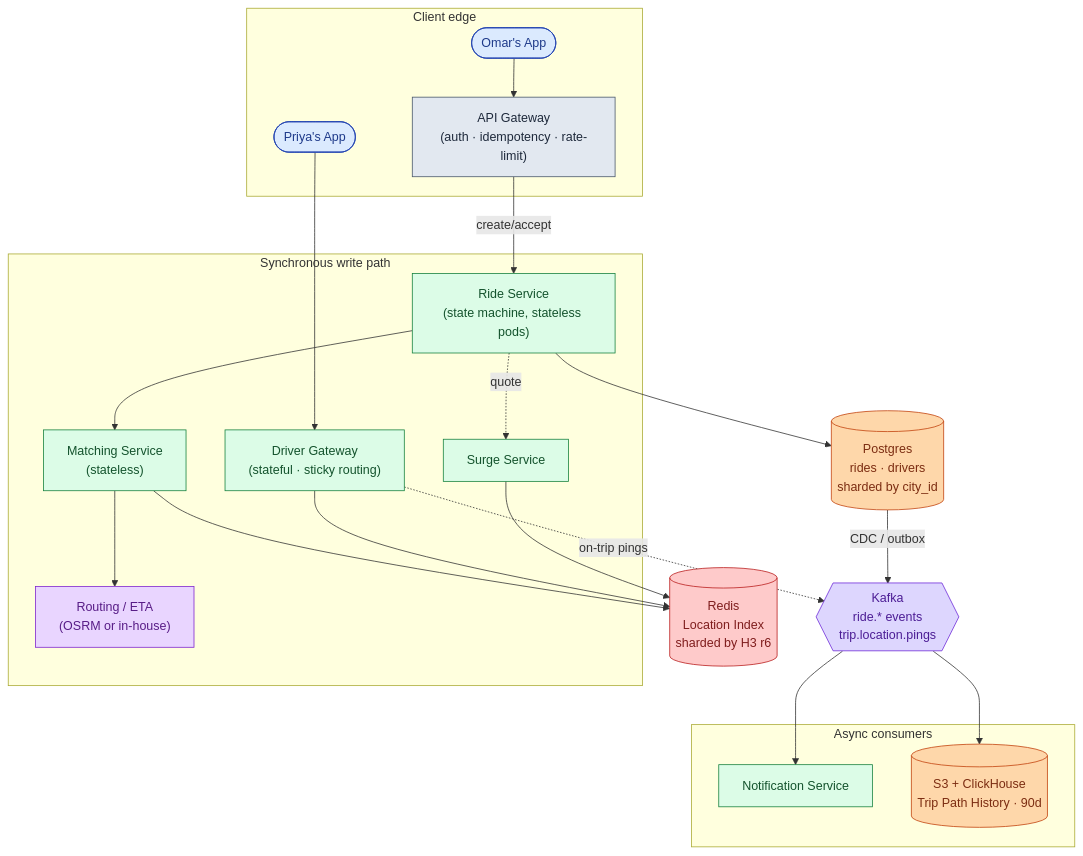
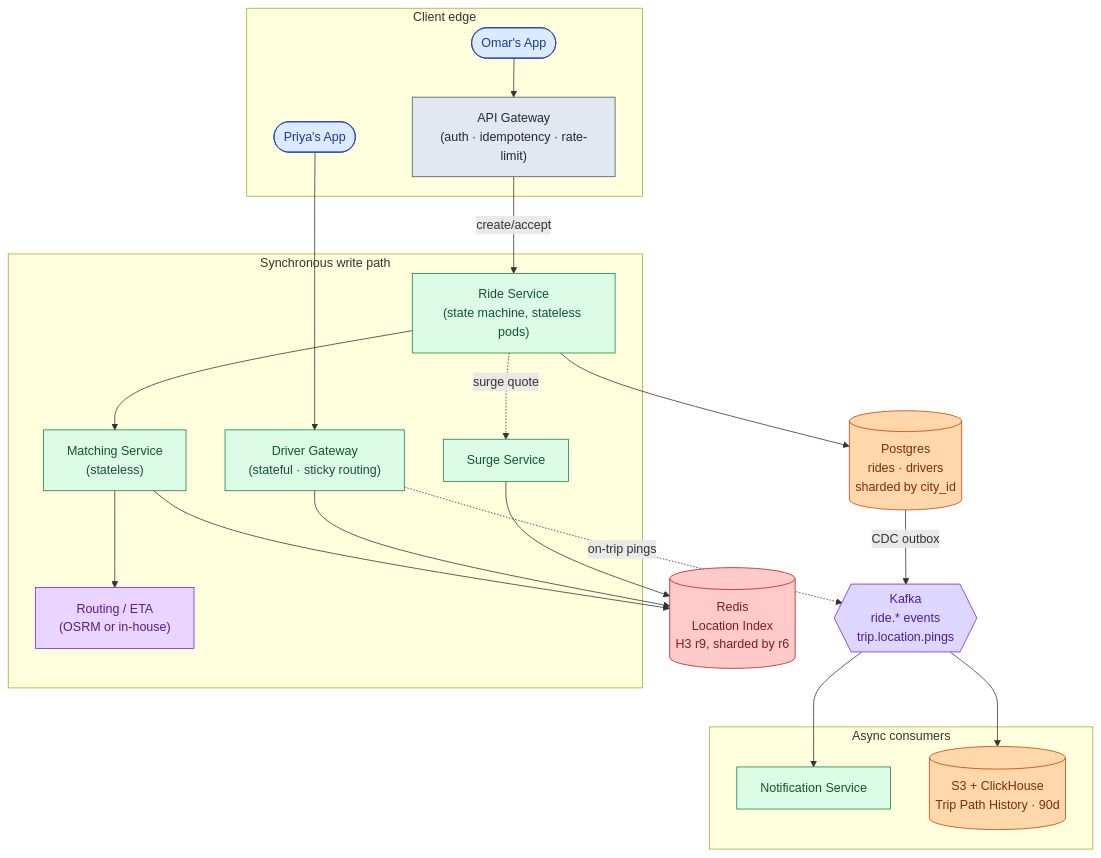
One commit to shiningflash/system-design changed the third of 5 diagrams in problems/007-ride-sharing/solution.md. Above: the diagram before and after it, drawn with Mermaid. The commit also changed other lines of this file and 37 other files, not shown here.

````diff
--- a/problems/007-ride-sharing/solution.md
+++ b/problems/007-ride-sharing/solution.md
@@ -307,49 +305,49 @@
 ```mermaid
 flowchart TB
     subgraph Edge["Client edge"]
         O([Omar's App]):::user
         P([Priya's App]):::user
         GW2["API Gateway<br/>(auth · idempotency · rate-limit)"]:::edge
     end
 
     subgraph WritePath["Synchronous write path"]
         RS["Ride Service<br/>(state machine, stateless pods)"]:::app
         MS["Matching Service<br/>(stateless)"]:::app
         DGW["Driver Gateway<br/>(stateful · sticky routing)"]:::app
         Route["Routing / ETA<br/>(OSRM or in-house)"]:::ext
         Surge["Surge Service"]:::app
     end
 
-    LI[("Redis<br/>Location Index<br/>sharded by H3 r6")]:::cache
+    LI[("Redis<br/>Location Index<br/>H3 r9, sharded by r6")]:::cache
     DB[("Postgres<br/>rides · drivers<br/>sharded by city_id")]:::db
 
     K{{"Kafka<br/>ride.* events<br/>trip.location.pings"}}:::queue
 
     subgraph Consumers["Async consumers"]
         Notif["Notification Service"]:::app
         TH[("S3 + ClickHouse<br/>Trip Path History · 90d")]:::db
     end
 
     O --> GW2
     P --> DGW
     GW2 -->|create/accept| RS
     RS --> DB
     RS --> MS
-    RS -.quote.-> Surge
+    RS -.surge quote.-> Surge
     MS --> LI
     MS --> Route
     DGW --> LI
     DGW -.on-trip pings.-> K
-    DB -->|CDC / outbox| K
+    DB -->|CDC outbox| K
     K --> Notif
     K --> TH
     Surge --> LI
 
     classDef user fill:#dbeafe,stroke:#1e40af,color:#1e3a8a
     classDef edge fill:#e2e8f0,stroke:#475569,color:#1e293b
     classDef app fill:#dcfce7,stroke:#15803d,color:#14532d
     classDef db fill:#fed7aa,stroke:#c2410c,color:#7c2d12
     classDef cache fill:#fecaca,stroke:#b91c1c,color:#7f1d1d
     classDef queue fill:#ddd6fe,stroke:#6d28d9,color:#4c1d95
     classDef ext fill:#e9d5ff,stroke:#7e22ce,color:#581c87
 ```
````
